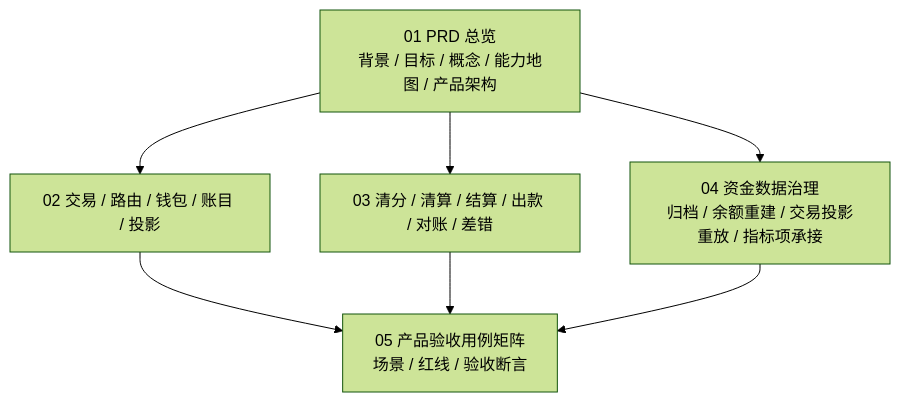
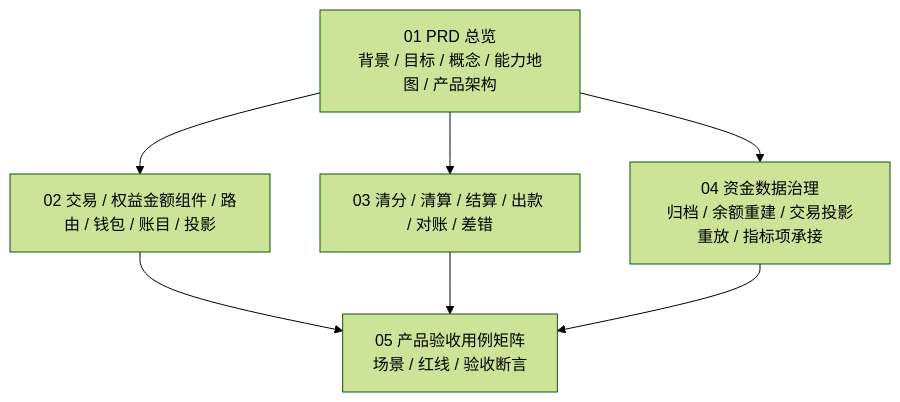
The diagram in docs/产品设计/README.md (fengwuxp/wind-funds), drawn with Mermaid (forest theme) before and after one commit. The commit also changed other lines of this file and 43 other files, not shown here.

````diff
--- a/docs/产品设计/README.md
+++ b/docs/产品设计/README.md
@@ -39,9 +39,9 @@
 ```mermaid
 flowchart TB
-    Overview["01 PRD 总览\n背景 / 目标 / 概念 / 能力地图 / 产品架构"] --> Tx["02 交易 / 路由 / 钱包 / 账目 / 投影"]
+    Overview["01 PRD 总览\n背景 / 目标 / 概念 / 能力地图 / 产品架构"] --> Tx["02 交易 / 权益金额组件 / 路由 / 钱包 / 账目 / 投影"]
     Overview --> Clearing["03 清分 / 清算 / 结算 / 出款 / 对账 / 差错"]
     Overview --> Archive["04 资金数据治理\n归档 / 余额重建 / 交易投影重放 / 指标项承接"]
     Tx --> Matrix["05 产品验收用例矩阵\n场景 / 红线 / 验收断言"]
     Clearing --> Matrix
     Archive --> Matrix
 ```
````
